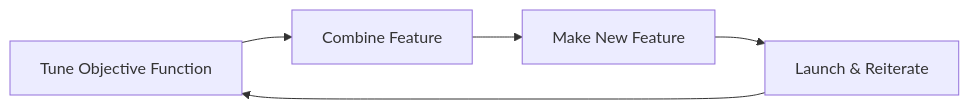
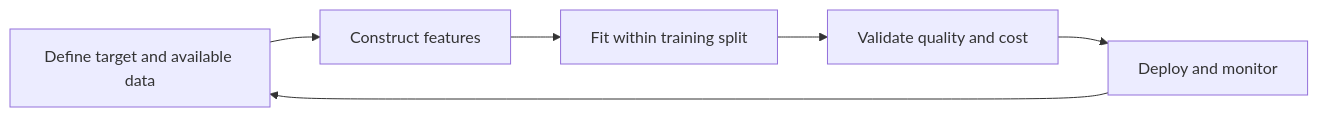
Before and after one commit to aaronjoseph/DataScienceNotes: the diagram in Feature Engineering.md, drawn with Mermaid. The commit also changed other lines of this file and 19 other files, not shown here.

````diff
--- a/Feature Engineering.md
+++ b/Feature Engineering.md
@@ -24,7 +18,8 @@
 ```mermaid
 flowchart LR
-B[Tune Objective Function] --> A[Combine Feature] 
-A --> C[Make New Feature]
-C --> D[Launch & Reiterate]
-D --> B
+    A[Define target and available data] --> B[Construct features]
+    B --> C[Fit within training split]
+    C --> D[Validate quality and cost]
+    D --> E[Deploy and monitor]
+    E --> A
 ```
````
